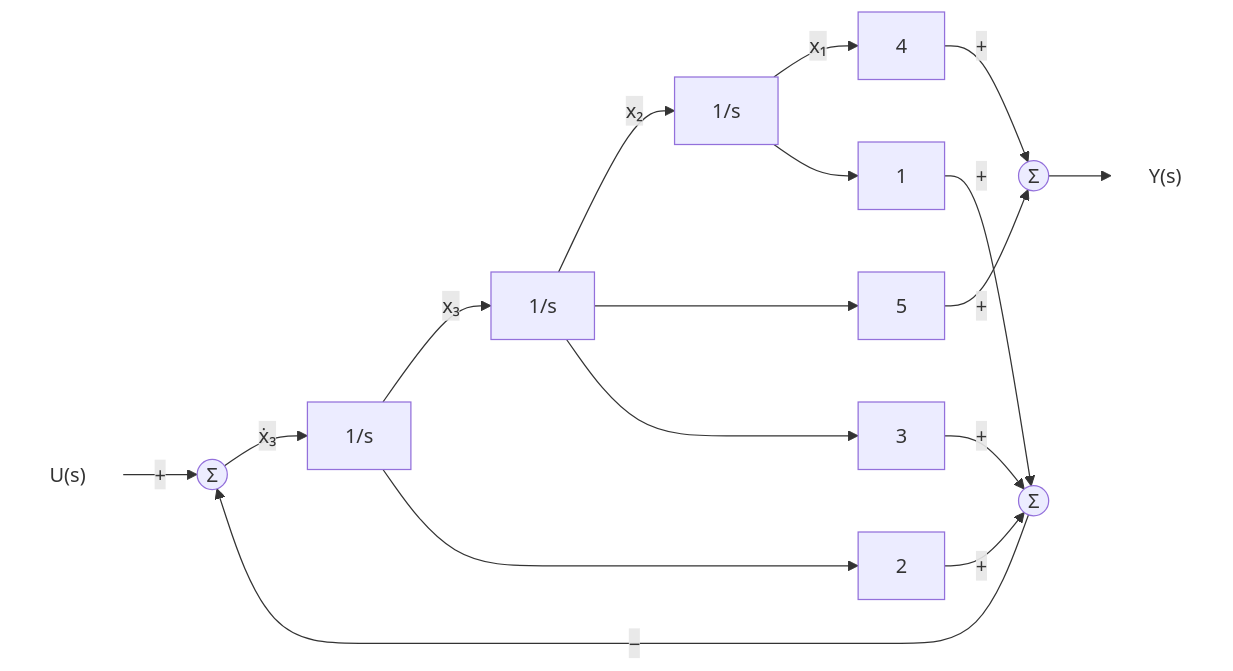
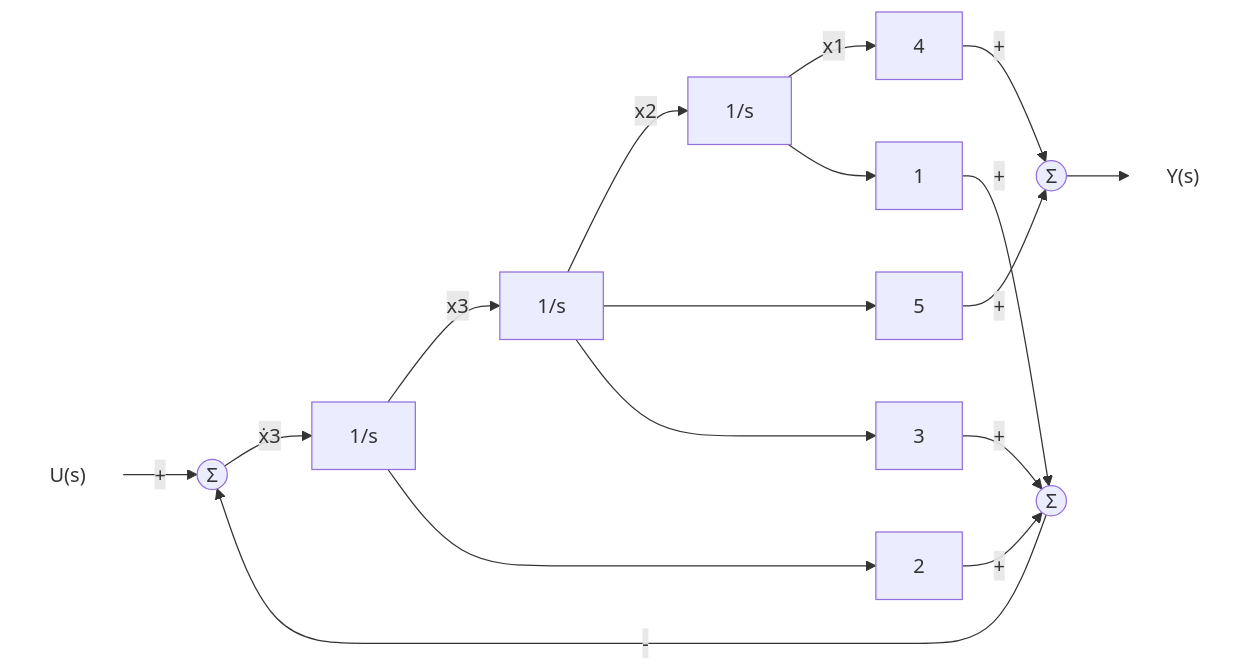
Before and after one commit to Choroning/25Fall_Neural-Network-Control-Systems: diagram 14 of 14 in Lecture-Notes/Week06_Control-System-Modeling-III/Concepts_Lecture.ko.md, drawn with Mermaid. The commit also changed other lines of this file and 25 other files, not shown here.

````diff
--- a/Lecture-Notes/Week06_Control-System-Modeling-III/Concepts_Lecture.ko.md
+++ b/Lecture-Notes/Week06_Control-System-Modeling-III/Concepts_Lecture.ko.md
@@ -815,21 +819,21 @@
 ```mermaid
 flowchart LR
-  U["U(s)"] -->|"+"| S1(("Σ"))
-  S1 -->|"ẋ₃"| I3["1/s"]
-  I3 -->|"x₃"| I2["1/s"]
-  I2 -->|"x₂"| I1["1/s"]
-  I1 -->|"x₁"| C0["4"]
+  U["U(s)"] -->|"#43;"| S1(("Σ"))
+  S1 -->|"ẋ3"| I3["1/s"]
+  I3 -->|"x3"| I2["1/s"]
+  I2 -->|"x2"| I1["1/s"]
+  I1 -->|"x1"| C0["4"]
   I2 --> C1["5"]
-  C0 -->|"+"| S3(("Σ"))
-  C1 -->|"+"| S3
+  C0 -->|"#43;"| S3(("Σ"))
+  C1 -->|"#43;"| S3
   S3 --> Y["Y(s)"]
   I3 --> A2["2"]
   I2 --> A1["3"]
   I1 --> A0["1"]
-  A2 -->|"+"| S2(("Σ"))
-  A1 -->|"+"| S2
-  A0 -->|"+"| S2
-  S2 -->|"−"| S1
+  A2 -->|"#43;"| S2(("Σ"))
+  A1 -->|"#43;"| S2
+  A0 -->|"#43;"| S2
+  S2 -->|"#45;"| S1
   classDef sig fill:none,stroke:none;
   class U,Y sig;
 ```
````
